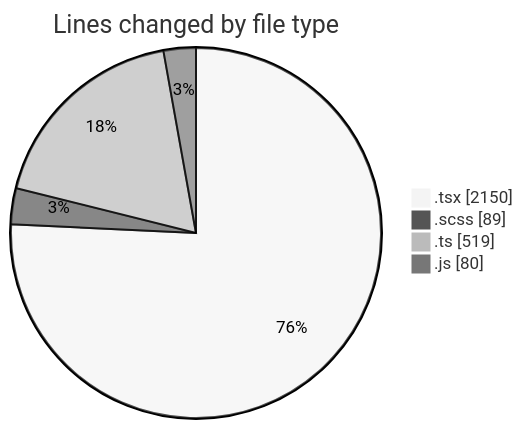
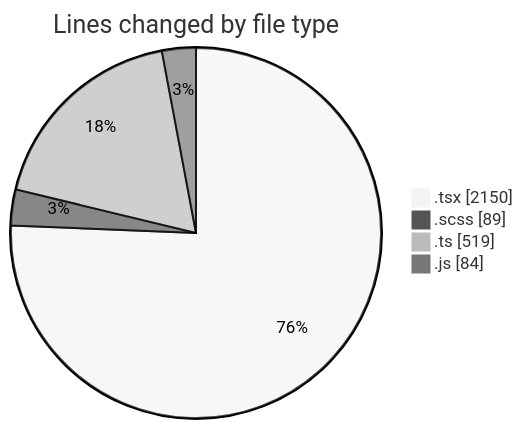
One commit to momahboobian/code-tracking changed the first of 2 diagrams in 2025-06-17/cda/README.md. Above: the diagram before and after it, drawn with Mermaid (neutral theme). The commit also changed other lines of this file and 1 other file, not shown here.

````diff
--- a/2025-06-17/cda/README.md
+++ b/2025-06-17/cda/README.md
@@ -26,8 +26,8 @@
 ```mermaid
 pie showData
 title Lines changed by file type
 ".tsx" : 2150
 ".scss" : 89
 ".ts" : 519
-".js" : 80
+".js" : 84
 ```
````
